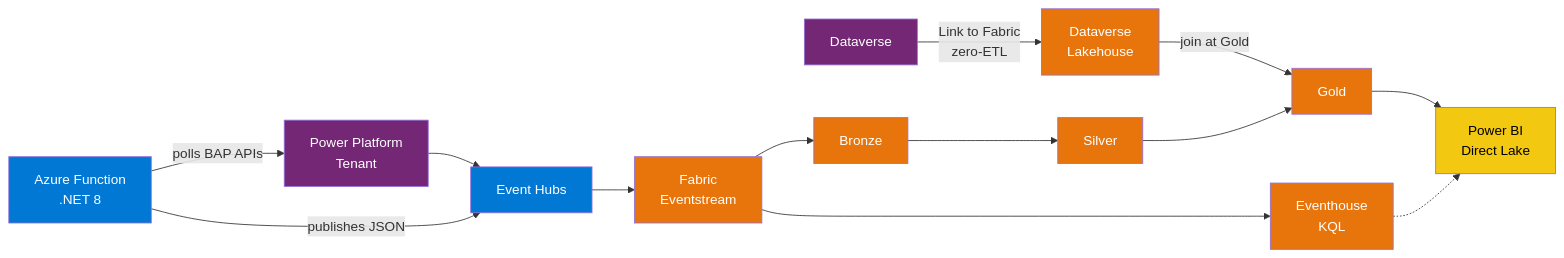
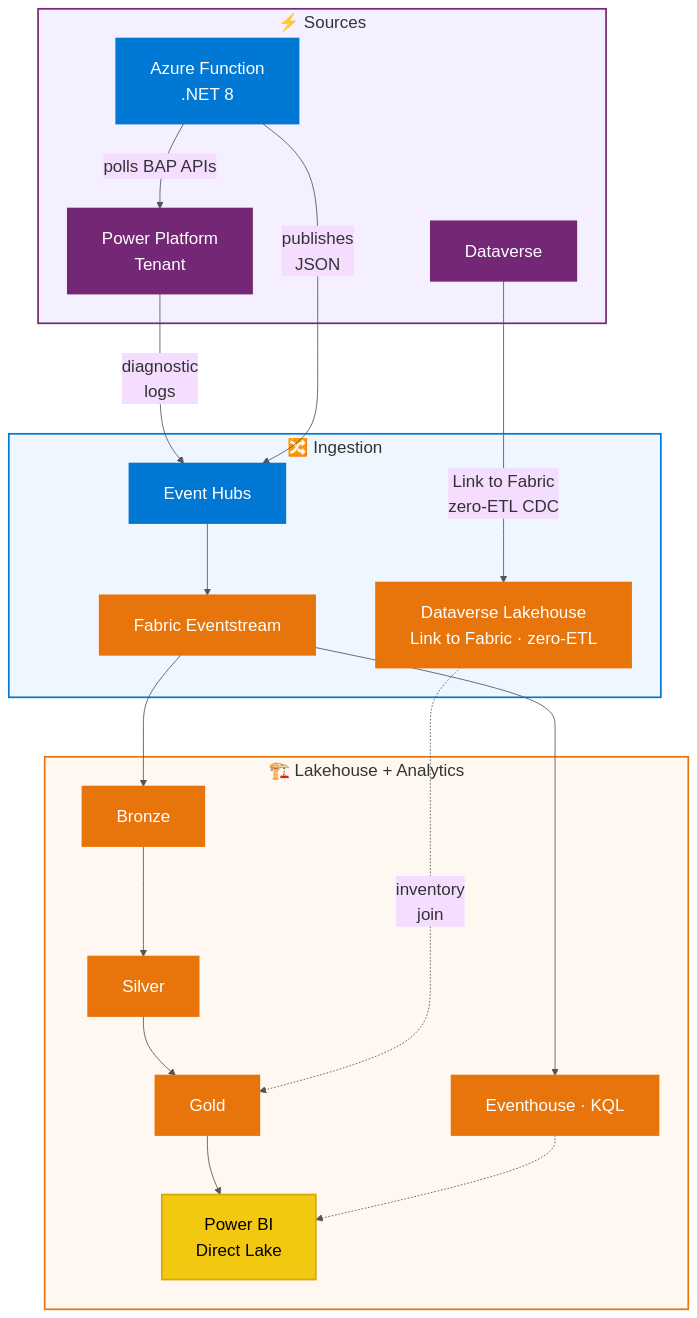
Before and after one commit to vaddify/powerplatform-telemetry-fabric-lab: the first of 2 diagrams in README.md, drawn with Mermaid. The commit also changed other lines of this file, not shown here.

Commit message:
style: enlarge hero diagram — TB layout with subgraph lanes, 20px font

````diff
--- a/README.md
+++ b/README.md
@@ -3,27 +3,52 @@
 ```mermaid
-flowchart LR
-    PP["Power Platform\nTenant"] --> EH
-    FN["Azure Function\n.NET 8"] -- polls BAP APIs --> PP
-    FN -- publishes JSON --> EH["Event Hubs"]
-    EH --> ES["Fabric\nEventstream"]
-    DV["Dataverse"] -- Link to Fabric\nzero-ETL --> DVMirror["Dataverse\nLakehouse"]
-    ES --> BZ["Bronze"]
-    ES --> KQL["Eventhouse\nKQL"]
-    BZ --> SV["Silver"]
-    DVMirror -- join at Gold --> GD
-    SV --> GD["Gold"]
-    GD --> PBI["Power BI\nDirect Lake"]
+%%{init: {'theme':'base', 'themeVariables':{'fontSize':'20px','lineColor':'#555'}, 'flowchart':{'nodeSpacing':50,'rankSpacing':70,'padding':20,'wrappingWidth':240}}}%%
+flowchart TB
+    subgraph SRC["  ⚡ Sources  "]
+        PP["Power Platform\nTenant"]
+        DV["Dataverse"]
+        FN["Azure Function\n.NET 8"]
+    end
+
+    subgraph INGEST["  🔀 Ingestion  "]
+        EH["Event Hubs"]
+        ES["Fabric Eventstream"]
+        DVMirror["Dataverse Lakehouse\nLink to Fabric · zero-ETL"]
+    end
+
+    subgraph STORE["  🏗️ Lakehouse + Analytics  "]
+        BZ["Bronze"]
+        SV["Silver"]
+        GD["Gold"]
+        KQL["Eventhouse · KQL"]
+        PBI["Power BI\nDirect Lake"]
+    end
+
+    FN -- polls BAP APIs --> PP
+    PP -- diagnostic\nlogs --> EH
+    FN -- publishes\nJSON --> EH
+    EH --> ES
+    DV -- Link to Fabric\nzero-ETL CDC --> DVMirror
+
+    ES --> BZ
+    ES --> KQL
+    BZ --> SV
+    SV --> GD
+    DVMirror -. inventory\njoin .-> GD
+    GD --> PBI
     KQL -.-> PBI
 
-    style PP fill:#742774,color:#fff
-    style DV fill:#742774,color:#fff
-    style FN fill:#0078D4,color:#fff
-    style EH fill:#0078D4,color:#fff
-    style ES fill:#E8740C,color:#fff
-    style BZ fill:#E8740C,color:#fff
-    style SV fill:#E8740C,color:#fff
-    style GD fill:#E8740C,color:#fff
-    style DVMirror fill:#E8740C,color:#fff
-    style KQL fill:#E8740C,color:#fff
-    style PBI fill:#F2C811,color:#000
+    style PP fill:#742774,color:#fff,stroke:#742774,stroke-width:2px
+    style DV fill:#742774,color:#fff,stroke:#742774,stroke-width:2px
+    style FN fill:#0078D4,color:#fff,stroke:#0078D4,stroke-width:2px
+    style EH fill:#0078D4,color:#fff,stroke:#0078D4,stroke-width:2px
+    style ES fill:#E8740C,color:#fff,stroke:#E8740C,stroke-width:2px
+    style DVMirror fill:#E8740C,color:#fff,stroke:#E8740C,stroke-width:2px
+    style BZ fill:#E8740C,color:#fff,stroke:#E8740C,stroke-width:2px
+    style SV fill:#E8740C,color:#fff,stroke:#E8740C,stroke-width:2px
+    style GD fill:#E8740C,color:#fff,stroke:#E8740C,stroke-width:2px
+    style KQL fill:#E8740C,color:#fff,stroke:#E8740C,stroke-width:2px
+    style PBI fill:#F2C811,color:#000,stroke:#D4A80A,stroke-width:2px
+    style SRC fill:#f5f0ff,stroke:#742774,stroke-width:2px,color:#333
+    style INGEST fill:#f0f6ff,stroke:#0078D4,stroke-width:2px,color:#333
+    style STORE fill:#fff8f0,stroke:#E8740C,stroke-width:2px,color:#333
 ```
````
